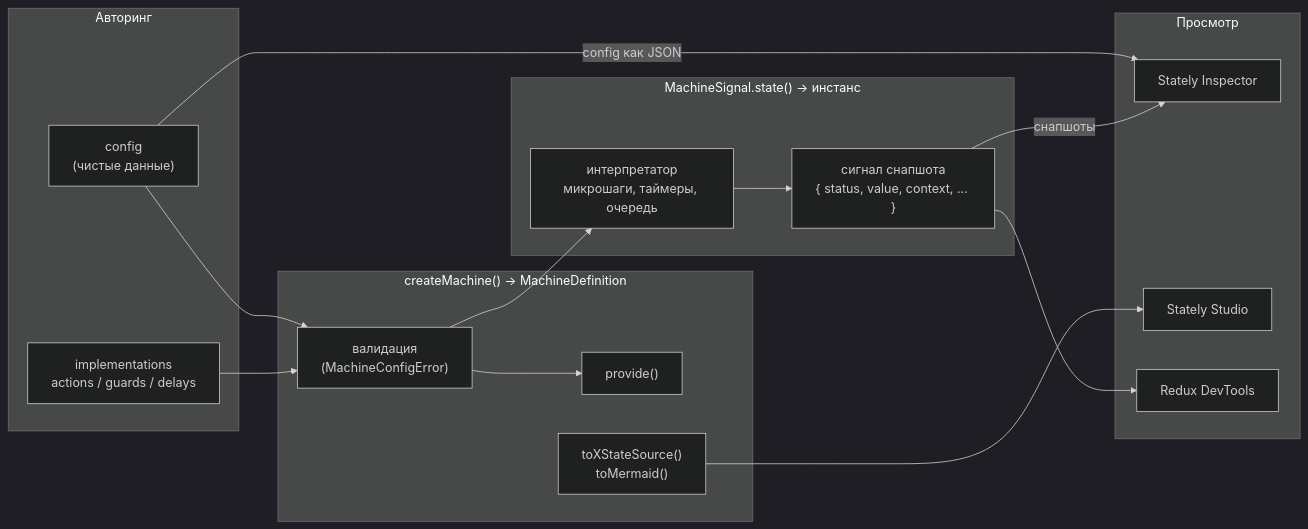
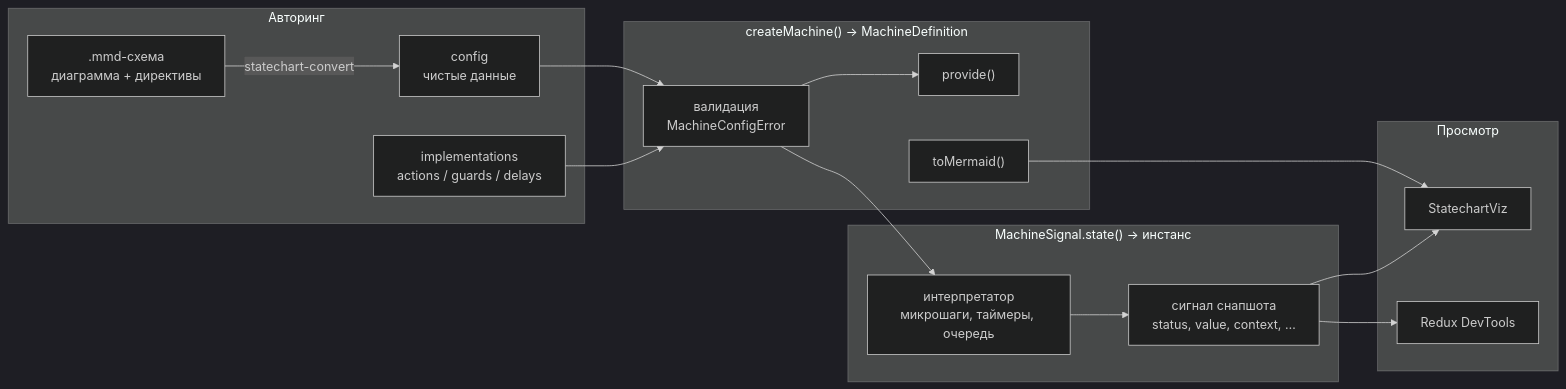
One commit to fozy-labs/rx-toolkit changed the first of 4 diagrams in docs/statechart/README.md. Above: the diagram before and after it, drawn with Mermaid (dark theme). The commit also changed other lines of this file and 93 other files, not shown here.

First line of the commit message:
chore(statechart): move converter and viz out of the repo

````diff
--- a/docs/statechart/README.md
+++ b/docs/statechart/README.md
@@ -42,30 +41,30 @@
 ```mermaid
 flowchart LR
   subgraph author["Авторинг"]
-    C["config<br/>(чистые данные)"]
+    MMD[".mmd-схема<br/>диаграмма + директивы"]
+    C["config<br/>чистые данные"]
     I["implementations<br/>actions / guards / delays"]
   end
   subgraph def["createMachine() → MachineDefinition"]
-    V["валидация<br/>(MachineConfigError)"]
+    V["валидация<br/>MachineConfigError"]
     P["provide()"]
-    T["toXStateSource()<br/>toMermaid()"]
+    T["toMermaid()"]
   end
   subgraph inst["MachineSignal.state() → инстанс"]
     R["интерпретатор<br/>микрошаги, таймеры, очередь"]
-    S["сигнал снапшота<br/>{ status, value, context, ... }"]
+    S["сигнал снапшота<br/>status, value, context, …"]
   end
   subgraph view["Просмотр"]
-    INS["Stately Inspector"]
-    STU["Stately Studio"]
+    VIZ["StatechartViz"]
     RDX["Redux DevTools"]
   end
+  MMD -- "statechart-convert" --> C
   C --> V
   I --> V
   V --> P
   V --> R
   R --> S
-  C -->|"config как JSON"| INS
-  S -->|"снапшоты"| INS
-  T --> STU
+  T --> VIZ
+  S --> VIZ
   S --> RDX
 ```
````
